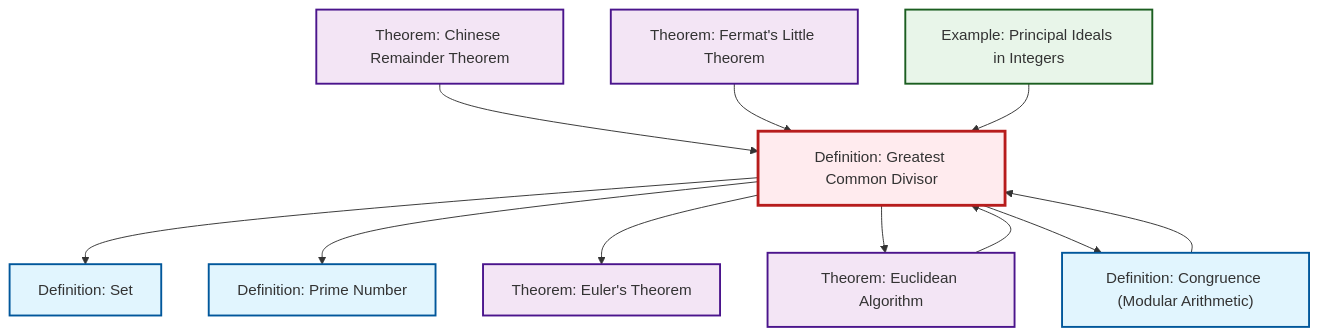
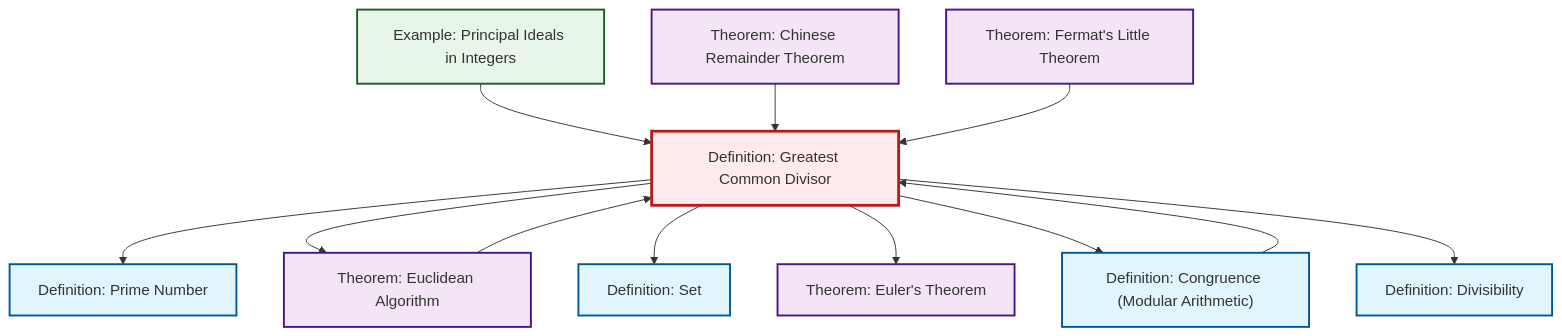
Before and after one commit to RK0429/ModernMath: the second of 2 diagrams in content/ja/number-theory/def-gcd.qmd, drawn with Mermaid. The commit also changed other lines of this file and 497 other files, not shown here.

````diff
--- a/content/ja/number-theory/def-gcd.qmd
+++ b/content/ja/number-theory/def-gcd.qmd
@@ -85,37 +86,40 @@
 ```{mermaid}
 %%| fig-cap: "Local dependency graph"
 graph TD
     classDef definition fill:#e1f5fe,stroke:#01579b,stroke-width:2px
     classDef theorem fill:#f3e5f5,stroke:#4a148c,stroke-width:2px
     classDef axiom fill:#fff3e0,stroke:#e65100,stroke-width:2px
     classDef example fill:#e8f5e9,stroke:#1b5e20,stroke-width:2px
     classDef current fill:#ffebee,stroke:#b71c1c,stroke-width:3px
+    def-prime["Definition: Prime Number"]:::definition
+    def-gcd["Definition: Greatest Common Divisor"]:::definition
+    def-set["Definition: Set"]:::definition
+    ex-principal-ideal["Example: Principal Ideals in Integers"]:::example
+    def-divisibility["Definition: Divisibility"]:::definition
+    thm-chinese-remainder["Theorem: Chinese Remainder Theorem"]:::theorem
+    def-congruence["Definition: Congruence (Modular Arithmetic)"]:::definition
+    thm-euler["Theorem: Euler's Theorem"]:::theorem
     thm-fermat-little["Theorem: Fermat's Little Theorem"]:::theorem
-    thm-euler["Theorem: Euler's Theorem"]:::theorem
-    thm-chinese-remainder["Theorem: Chinese Remainder Theorem"]:::theorem
-    ex-principal-ideal["Example: Principal Ideals in Integers"]:::example
-    def-congruence["Definition: Congruence (Modular Arithmetic)"]:::definition
-    def-prime["Definition: Prime Number"]:::definition
-    def-set["Definition: Set"]:::definition
     thm-euclidean-algorithm["Theorem: Euclidean Algorithm"]:::theorem
-    def-gcd["Definition: Greatest Common Divisor"]:::definition
     thm-euclidean-algorithm --> def-gcd
+    def-gcd --> def-prime
+    def-gcd --> thm-euclidean-algorithm
+    def-congruence --> def-gcd
+    ex-principal-ideal --> def-gcd
+    def-gcd --> def-set
     thm-chinese-remainder --> def-gcd
-    def-gcd --> def-set
-    def-gcd --> def-prime
     thm-fermat-little --> def-gcd
     def-gcd --> thm-euler
-    def-congruence --> def-gcd
-    ex-principal-ideal --> def-gcd
-    def-gcd --> thm-euclidean-algorithm
     def-gcd --> def-congruence
+    def-gcd --> def-divisibility
     class def-gcd current
-    click thm-fermat-little "thm-fermat-little.html" "Theorem: Fermat's Little Theoremへ"
-    click thm-euler "thm-euler.html" "Theorem: Euler's Theoremへ"
-    click thm-chinese-remainder "thm-chinese-remainder.html" "Theorem: Chinese Remainder Theoremへ"
-    click ex-principal-ideal "ex-principal-ideal.html" "Example: Principal Ideals in Integersへ"
-    click def-congruence "def-congruence.html" "Definition: Congruence (Modular Arithmetic)へ"
     click def-prime "def-prime.html" "Definition: Prime Numberへ"
     click def-set "def-set.html" "Definition: Setへ"
+    click ex-principal-ideal "ex-principal-ideal.html" "Example: Principal Ideals in Integersへ"
+    click def-divisibility "def-divisibility.html" "Definition: Divisibilityへ"
+    click thm-chinese-remainder "thm-chinese-remainder.html" "Theorem: Chinese Remainder Theoremへ"
+    click def-congruence "def-congruence.html" "Definition: Congruence (Modular Arithmetic)へ"
+    click thm-euler "thm-euler.html" "Theorem: Euler's Theoremへ"
+    click thm-fermat-little "thm-fermat-little.html" "Theorem: Fermat's Little Theoremへ"
     click thm-euclidean-algorithm "thm-euclidean-algorithm.html" "Theorem: Euclidean Algorithmへ"
 ```
````
